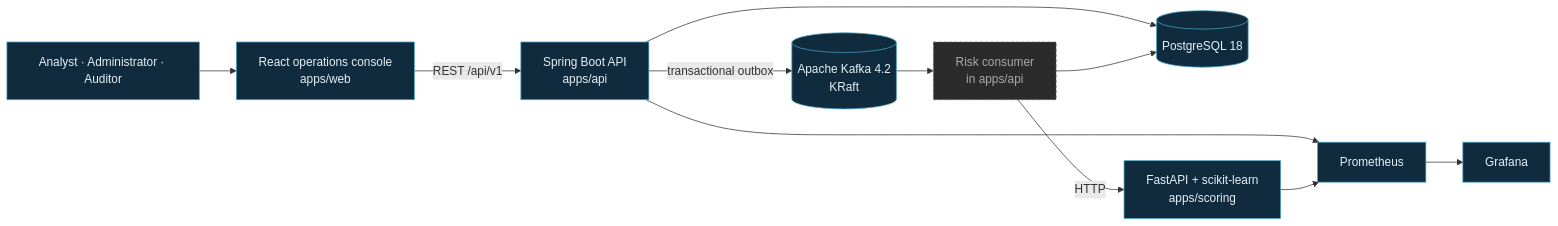
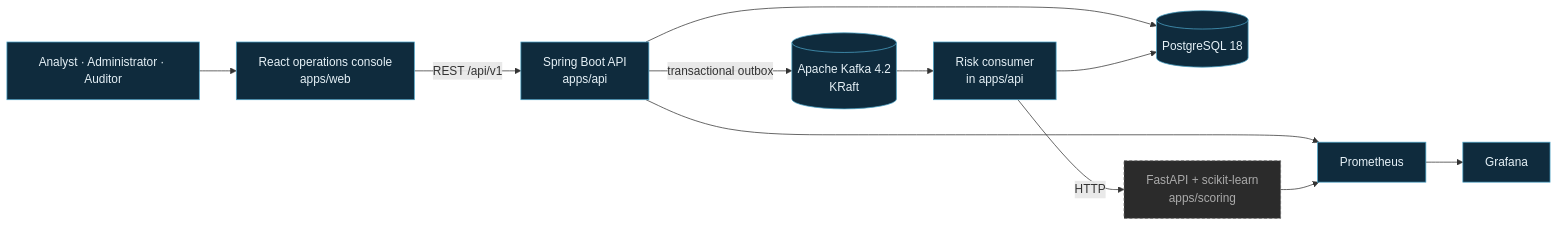
One commit to la3679/sentinelflow changed the first of 2 diagrams in README.md. Above: the diagram before and after it, drawn with Mermaid. The commit also changed other lines of this file, not shown here.

````diff
--- a/README.md
+++ b/README.md
@@ -96,18 +104,18 @@
 ```mermaid
 flowchart LR
     U["Analyst · Administrator · Auditor"] --> W["React operations console<br/>apps/web"]
     W -->|"REST /api/v1"| A["Spring Boot API<br/>apps/api"]
     A --> P[("PostgreSQL 18")]
     A -->|"transactional outbox"| K[("Apache Kafka 4.2<br/>KRaft")]
     K --> C["Risk consumer<br/>in apps/api"]
     C -->|"HTTP"| M["FastAPI + scikit-learn<br/>apps/scoring"]
     C --> P
     A --> O["Prometheus"]
     M --> O
     O --> G["Grafana"]
 
     classDef built fill:#0f2b3d,stroke:#4ba3c7,color:#e6f1f7
     classDef planned fill:#2b2b2b,stroke:#666,color:#aaa,stroke-dasharray:4 3
-    class U,W,A,P,K,M,O,G built
-    class C planned
+    class U,W,A,P,K,C,O,G built
+    class M planned
 ```
````
